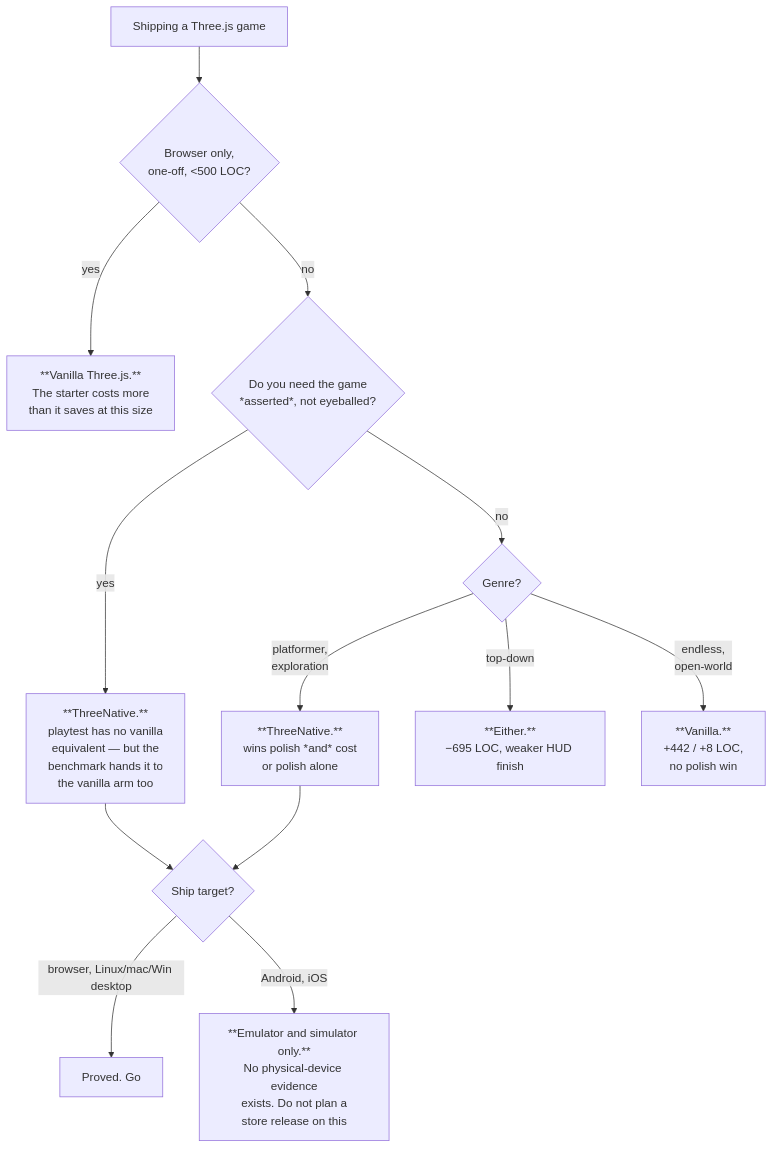
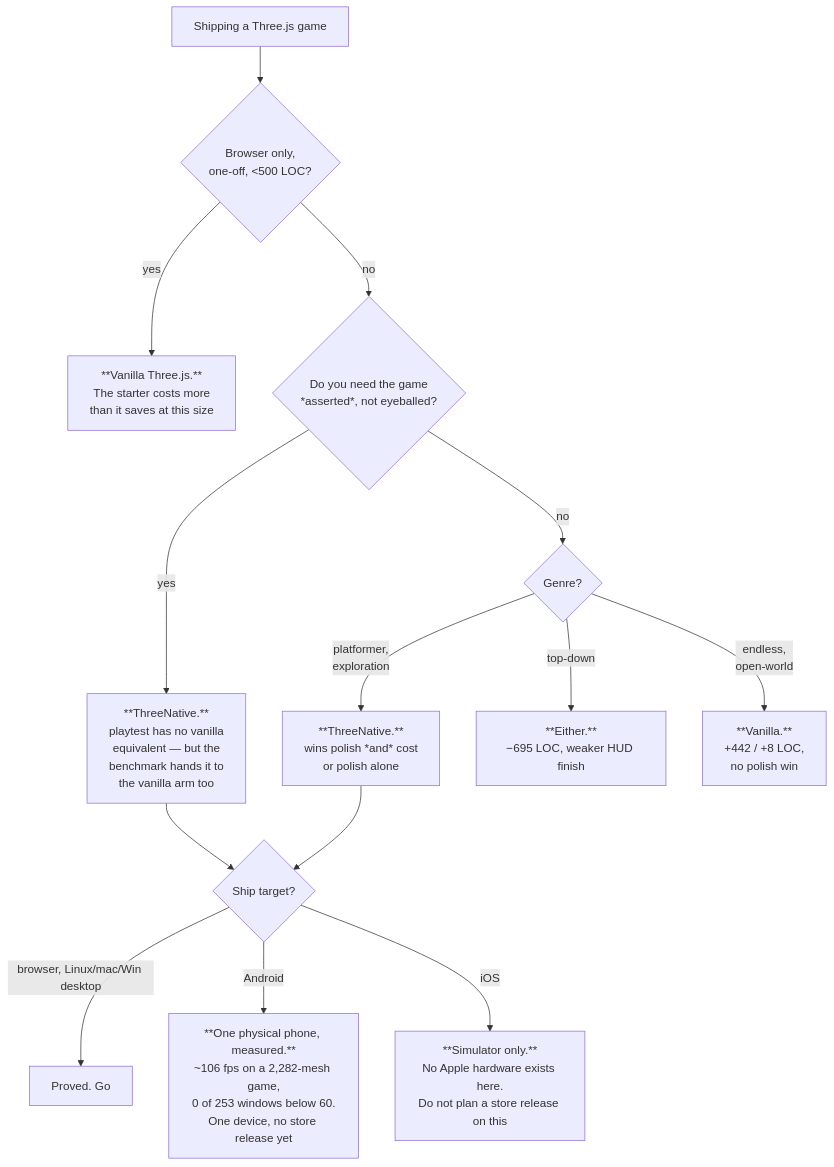
The diagram in docs/strategy/VALUE-PROPOSITION.md (ThreeNativeHQ/threenative), drawn with Mermaid before and after one commit. The commit also changed other lines of this file and 35 other files, not shown here.

````diff
--- a/docs/strategy/VALUE-PROPOSITION.md
+++ b/docs/strategy/VALUE-PROPOSITION.md
@@ -30,15 +30,16 @@
 ```mermaid
 flowchart TD
     start["Shipping a Three.js game"] --> web{"Browser only,<br/>one-off, &lt;500 LOC?"}
     web -->|yes| vanilla["**Vanilla Three.js.**<br/>The starter costs more<br/>than it saves at this size"]
     web -->|no| assert{"Do you need the game<br/>*asserted*, not eyeballed?"}
     assert -->|no| genre
     assert -->|yes| tn1["**ThreeNative.**<br/>playtest has no vanilla<br/>equivalent — but the<br/>benchmark hands it to<br/>the vanilla arm too"]
     genre{"Genre?"} -->|platformer,<br/>exploration| tn2["**ThreeNative.**<br/>wins polish *and* cost<br/>or polish alone"]
     genre -->|top-down| mixed["**Either.**<br/>−695 LOC, weaker HUD finish"]
     genre -->|endless,<br/>open-world| vanilla2["**Vanilla.**<br/>+442 / +8 LOC,<br/>no polish win"]
     tn1 --> plat{"Ship target?"}
     tn2 --> plat
     plat -->|browser, Linux/mac/Win desktop| ok["Proved. Go"]
-    plat -->|Android, iOS| caution["**Emulator and simulator only.**<br/>No physical-device evidence<br/>exists. Do not plan a<br/>store release on this"]
+    plat -->|Android| android["**One physical phone, measured.**<br/>~106 fps on a 2,282-mesh game,<br/>0 of 253 windows below 60.<br/>One device, no store release yet"]
+    plat -->|iOS| caution["**Simulator only.**<br/>No Apple hardware exists here.<br/>Do not plan a store release on this"]
 ```
````
